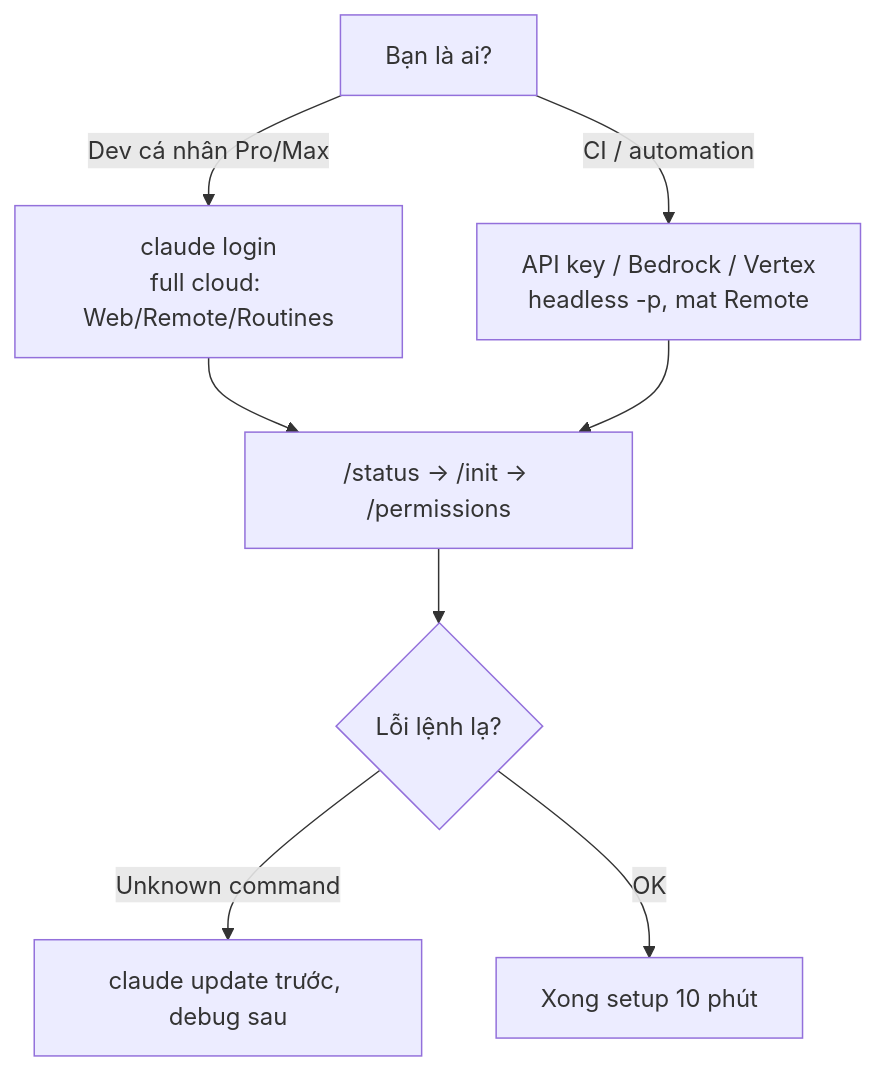
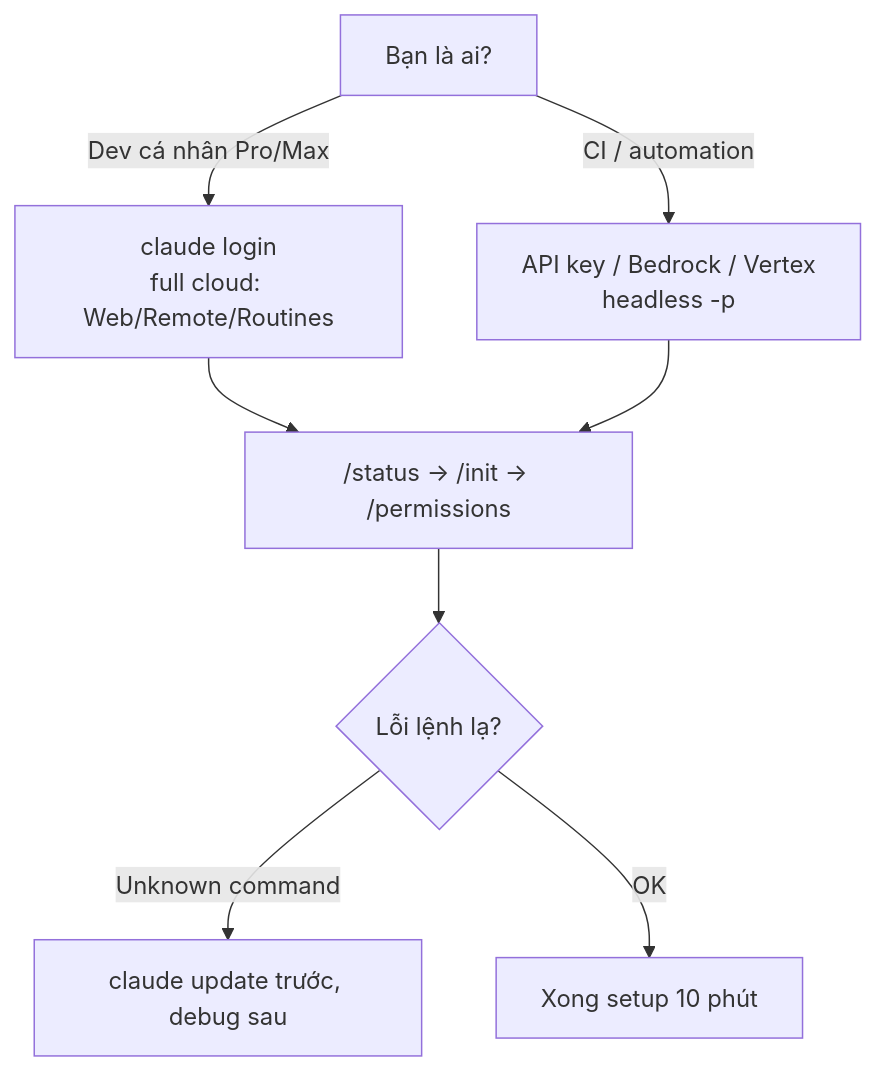
One commit to nbhson/tutorial-claude-code changed the diagram in 03-cau-hoi-thuong-gap/01-tai-khoan-pricing-cai-dat.md. Above: the diagram before and after it, drawn with Mermaid. The commit also changed other lines of this file and 41 other files, not shown here.

````diff
--- a/03-cau-hoi-thuong-gap/01-tai-khoan-pricing-cai-dat.md
+++ b/03-cau-hoi-thuong-gap/01-tai-khoan-pricing-cai-dat.md
@@ -46,10 +36,10 @@
 ```mermaid
 flowchart TD
   A[Bạn là ai?] -->|Dev cá nhân Pro/Max| B[claude login<br/>full cloud: Web/Remote/Routines]
-  A -->|CI / automation| C[API key / Bedrock / Vertex<br/>headless -p, mat Remote]
+  A -->|CI / automation| C[API key / Bedrock / Vertex<br/>headless -p]
   B --> D["/status -> /init -> /permissions"]
   C --> D
   D --> E{Lỗi lệnh lạ?}
   E -->|Unknown command| F[claude update trước, debug sau]
   E -->|OK| G[Xong setup 10 phút]
 ```
````
